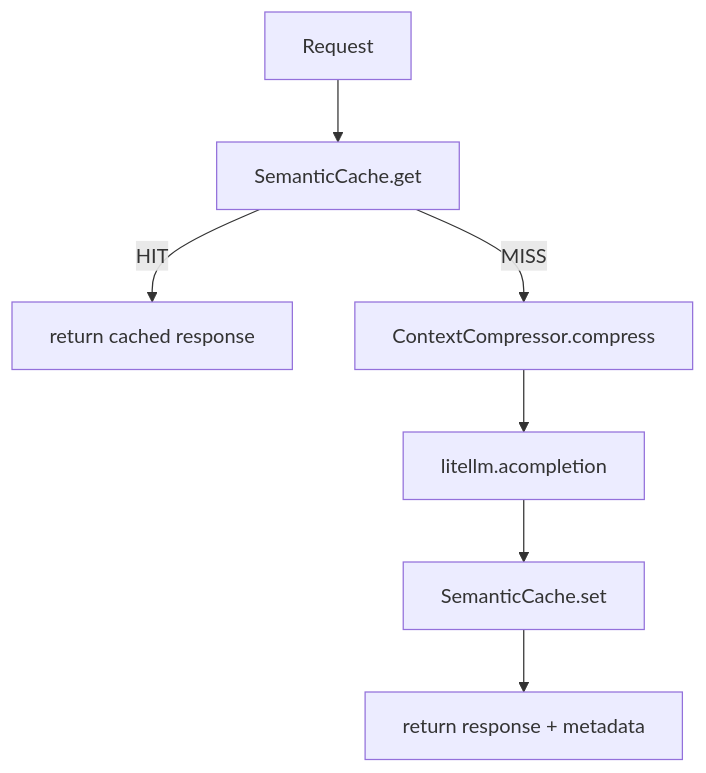
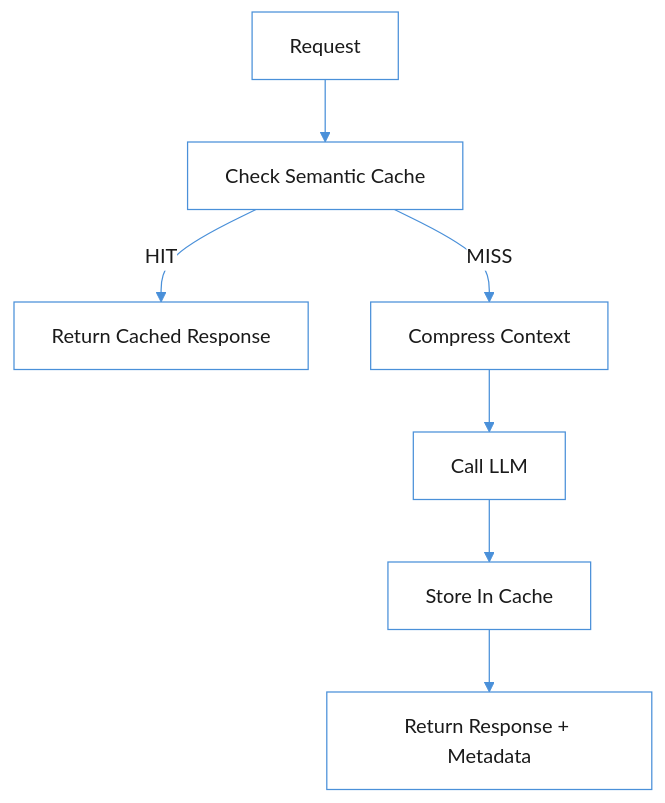
Before and after one commit to Vedanshu7/blogs: the diagram in llm-inference-optimization.md, drawn with Mermaid. The commit also changed other lines of this file, not shown here.

````diff
--- a/llm-inference-optimization.md
+++ b/llm-inference-optimization.md
@@ -247,9 +247,10 @@
 ```mermaid
+%%{init: {'theme': 'base', 'themeVariables': {'background': '#ffffff', 'mainBkg': '#ffffff', 'primaryColor': '#e8f4fd', 'primaryTextColor': '#1a1a1a', 'primaryBorderColor': '#4a90d9', 'lineColor': '#4a90d9', 'edgeLabelBackground': '#ffffff'}}}%%
 flowchart TD
-    A[Request] --> B[SemanticCache.get]
-    B -->|HIT| C[return cached response]
-    B -->|MISS| D[ContextCompressor.compress]
-    D --> E[litellm.acompletion]
-    E --> F[SemanticCache.set]
-    F --> G[return response + metadata]
+    A[Request] --> B[Check Semantic Cache]
+    B -->|HIT| C[Return Cached Response]
+    B -->|MISS| D[Compress Context]
+    D --> E[Call LLM]
+    E --> F[Store In Cache]
+    F --> G[Return Response + Metadata]
 ```
````
